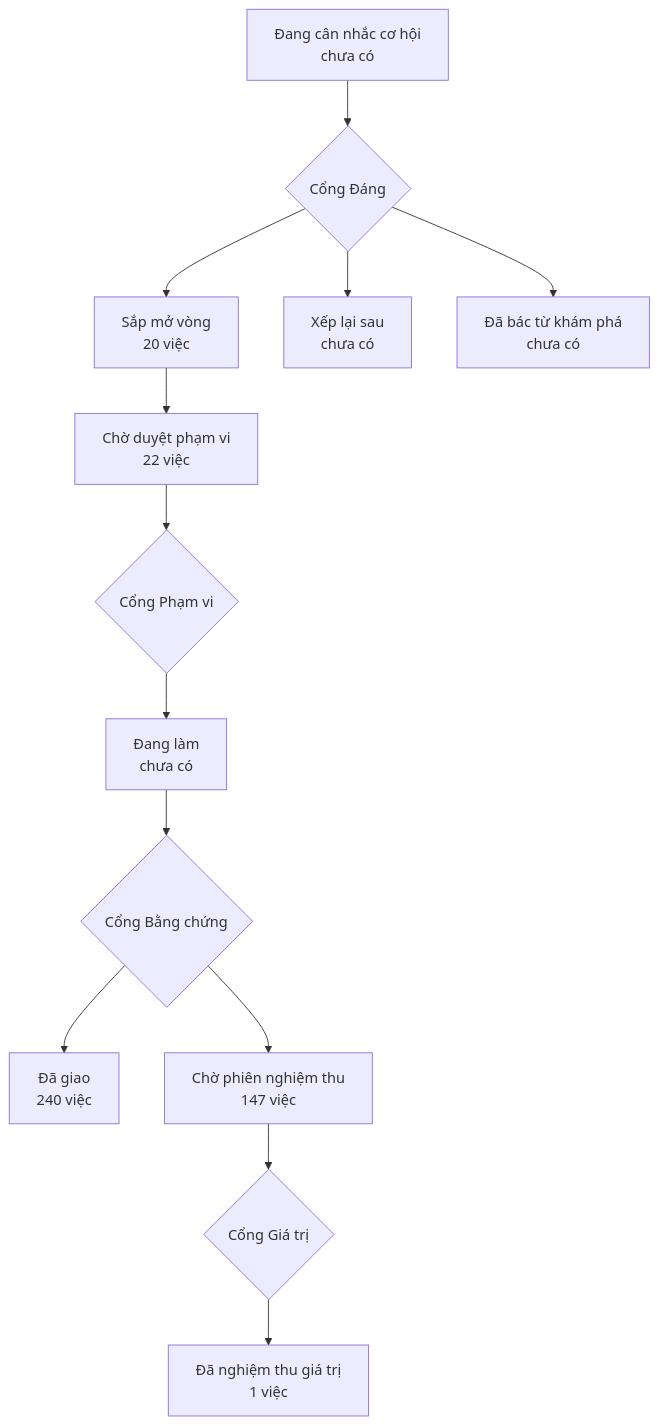
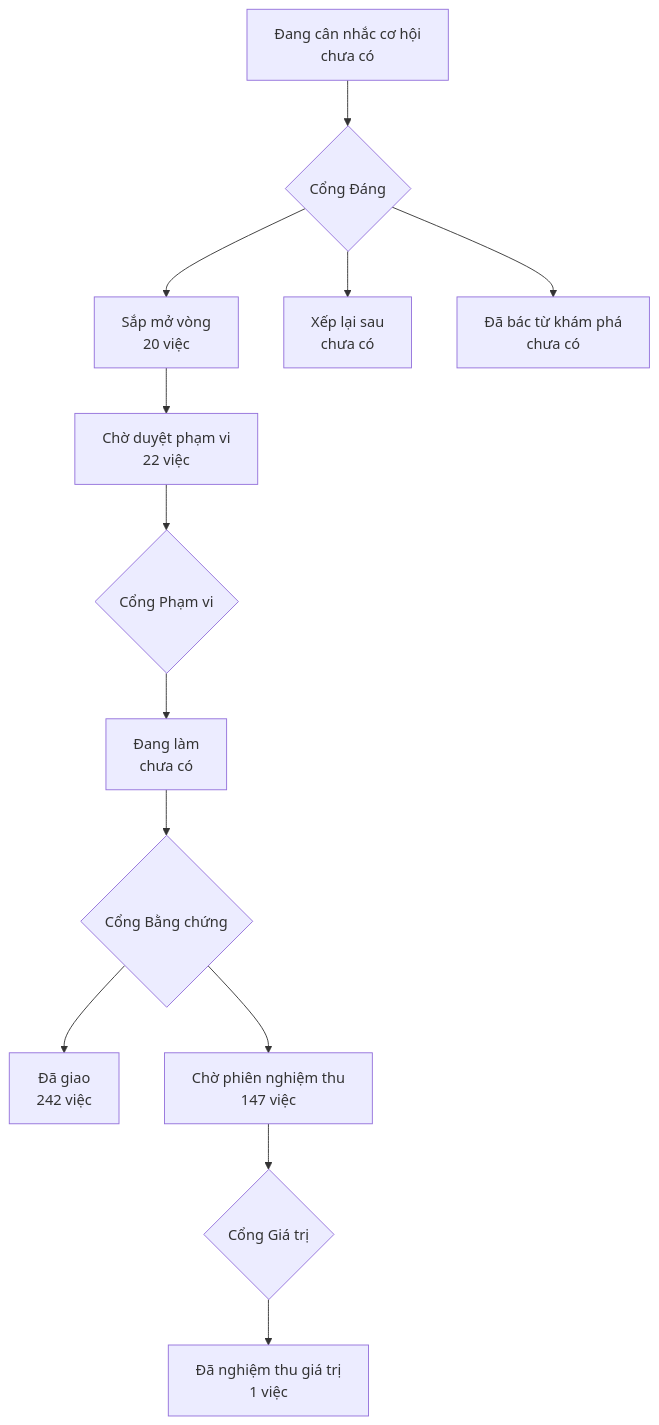
Before and after one commit to phanlemanh/onehub-invest: the diagram in PRODUCT-MAP.md, drawn with Mermaid. The commit also changed other lines of this file and 1 other file, not shown here.

Commit message:
chore(map): vẽ lại bản đồ sau khi gộp main (ZC20)

````diff
--- a/PRODUCT-MAP.md
+++ b/PRODUCT-MAP.md
@@ -7,12 +7,12 @@
 ```mermaid
 flowchart TD
   A["Đang cân nhắc cơ hội<br/>chưa có"] --> GD{"Cổng Đáng"}
   GD --> B["Sắp mở vòng<br/>20 việc"]
   GD --> XL["Xếp lại sau<br/>chưa có"]
   GD --> DB["Đã bác từ khám phá<br/>chưa có"]
   B --> CD["Chờ duyệt phạm vi<br/>22 việc"] --> GP{"Cổng Phạm vi"}
   GP --> DL["Đang làm<br/>chưa có"] --> GB{"Cổng Bằng chứng"}
-  GB --> DG["Đã giao<br/>240 việc"]
+  GB --> DG["Đã giao<br/>242 việc"]
   GB --> CN["Chờ phiên nghiệm thu<br/>147 việc"] --> GG{"Cổng Giá trị"}
   GG --> NT["Đã nghiệm thu giá trị<br/>1 việc"]
 ```
````
